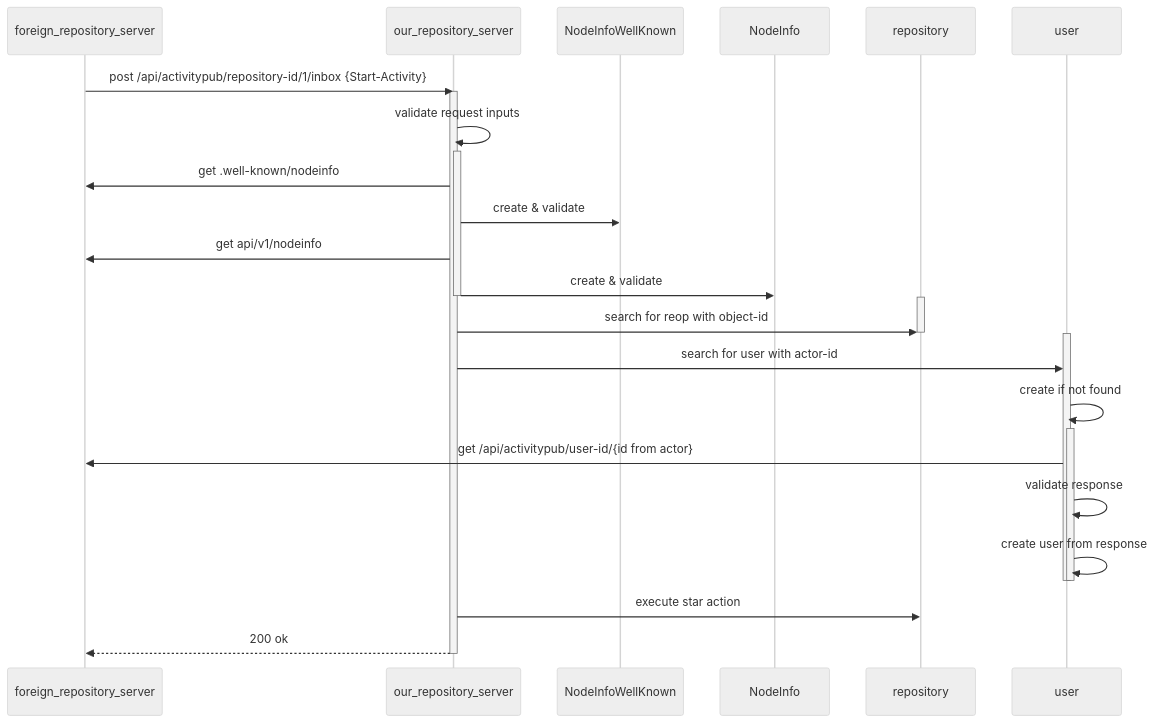
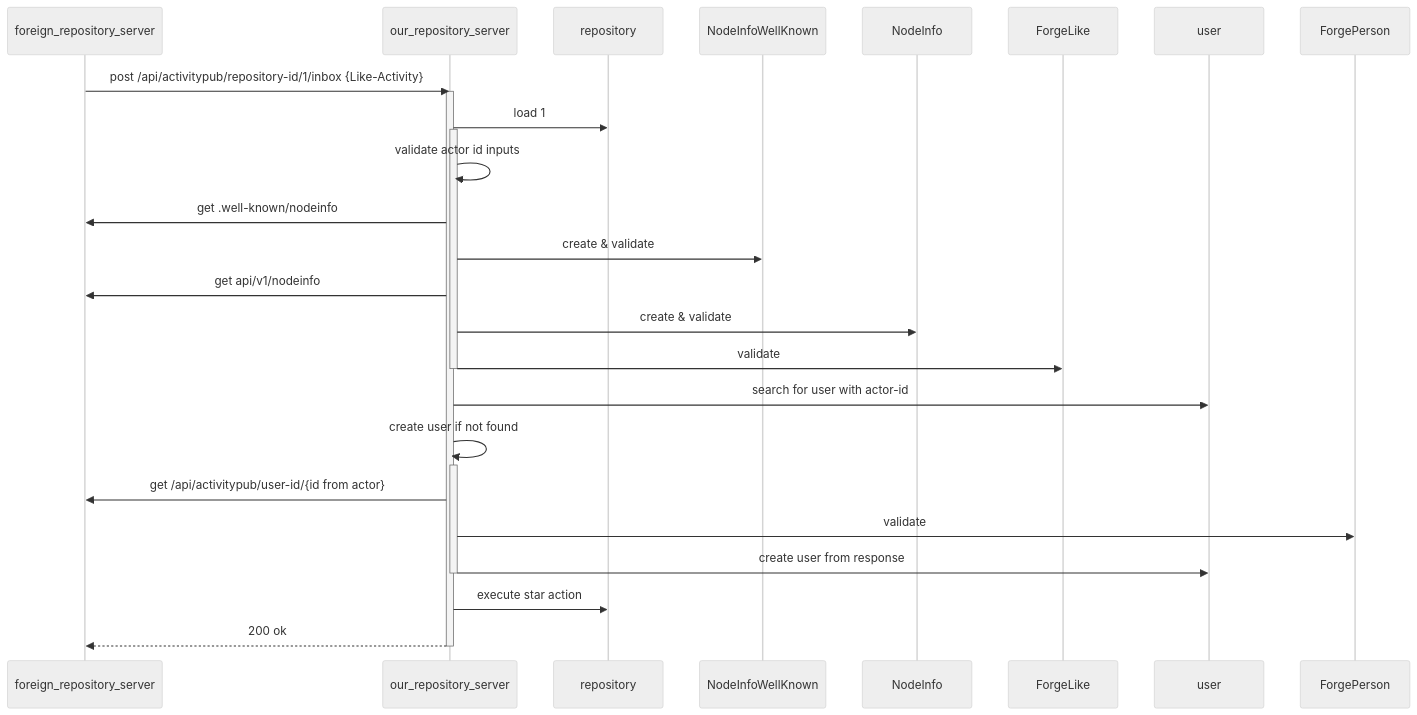
The first of 2 diagrams in docs/unsure-where-to-put/threat_analysis_star_activity.md (yonasBSD/forgejo), drawn with Mermaid (neutral theme) before and after one commit. The commit also changed other lines of this file, not shown here.

Commit message:
improve sequence

````diff
--- a/docs/unsure-where-to-put/threat_analysis_star_activity.md
+++ b/docs/unsure-where-to-put/threat_analysis_star_activity.md
@@ -8,30 +8,28 @@
 ```mermaid
 sequenceDiagram
     participant fs as foreign_repository_server
     participant os as our_repository_server
 
-    fs ->> os: post /api/activitypub/repository-id/1/inbox {Start-Activity}
+    fs ->> os: post /api/activitypub/repository-id/1/inbox {Like-Activity}
     activate os
-    os ->> os: validate request inputs
+    os ->> repository: load 1
     activate os
+    os ->> os: validate actor id inputs
     os ->> fs: get .well-known/nodeinfo
     os ->> NodeInfoWellKnown: create & validate
     os ->> fs: get api/v1/nodeinfo
     os ->> NodeInfo: create & validate
+    os ->> ForgeLike: validate
     deactivate os
-    activate repository
-    os ->> repository: search for reop with object-id
-    deactivate repository
-    activate user
+    
     os ->> user: search for user with actor-id
-    user ->> user: create if not found
-    activate user
-    user ->> fs: get /api/activitypub/user-id/{id from actor}
-    user ->> user: validate response
-    user ->> user: create user from response
-    deactivate user
-    deactivate user
+    os ->> os: create user if not found
+    activate os
+    os ->> fs: get /api/activitypub/user-id/{id from actor}
+    os ->> ForgePerson: validate
+    os ->> user: create user from response
+    deactivate os
     os ->> repository: execute star action
     os -->> fs: 200 ok
     deactivate os
 ```
````
